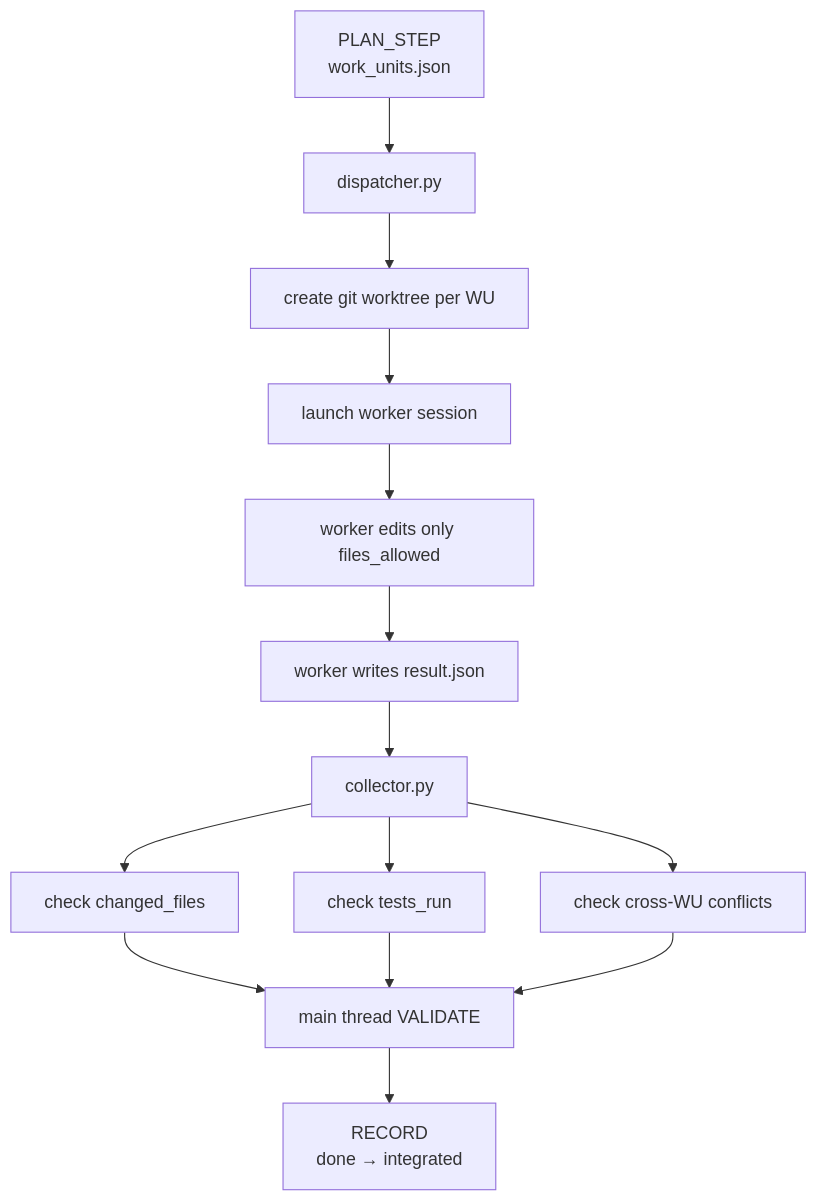
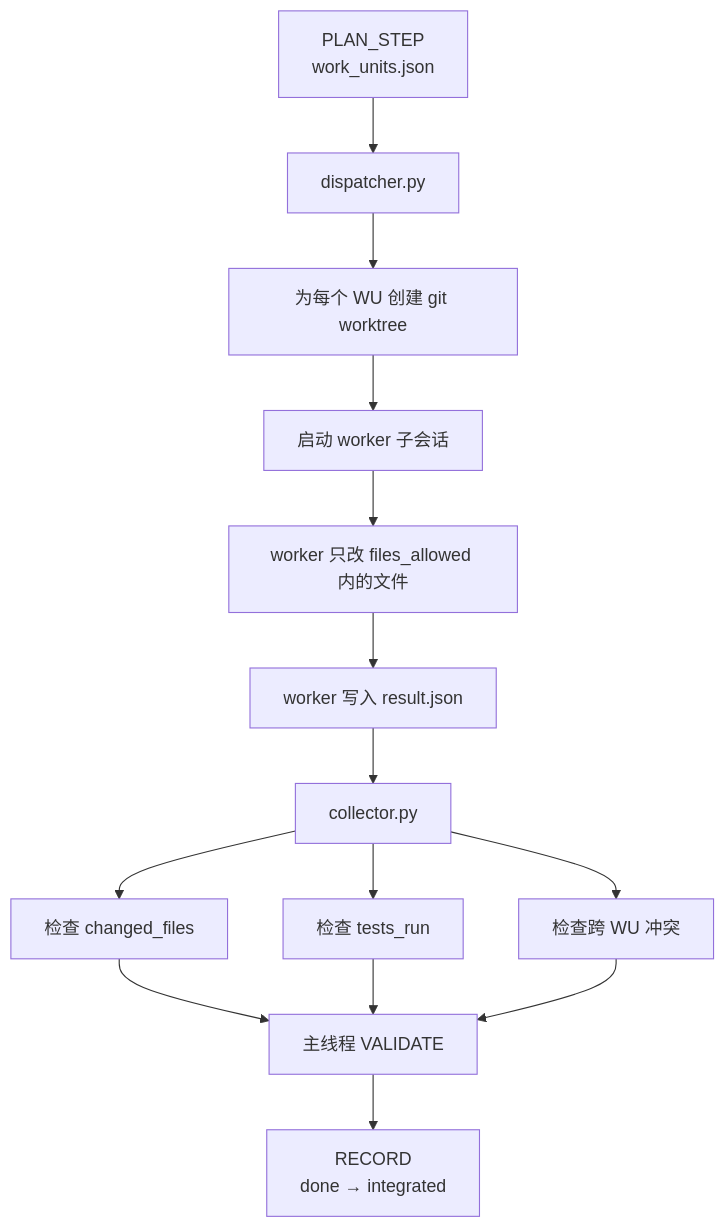
Before and after one commit to felix-0602/splitrun: the diagram in adapters/parallel/README.md, drawn with Mermaid. The commit also changed other lines of this file, not shown here.

````diff
--- a/adapters/parallel/README.md
+++ b/adapters/parallel/README.md
@@ -25,16 +25,16 @@
 ```mermaid
 flowchart TD
   A["PLAN_STEP<br/>work_units.json"] --> B["dispatcher.py"]
-  B --> C["create git worktree per WU"]
-  C --> D["launch worker session"]
-  D --> E["worker edits only files_allowed"]
-  E --> F["worker writes result.json"]
+  B --> C["为每个 WU 创建 git worktree"]
+  C --> D["启动 worker 子会话"]
+  D --> E["worker 只改 files_allowed 内的文件"]
+  E --> F["worker 写入 result.json"]
   F --> G["collector.py"]
-  G --> H["check changed_files"]
-  G --> I["check tests_run"]
-  G --> J["check cross-WU conflicts"]
-  H --> K["main thread VALIDATE"]
+  G --> H["检查 changed_files"]
+  G --> I["检查 tests_run"]
+  G --> J["检查跨 WU 冲突"]
+  H --> K["主线程 VALIDATE"]
   I --> K
   J --> K
   K --> L["RECORD<br/>done → integrated"]
 ```
````
